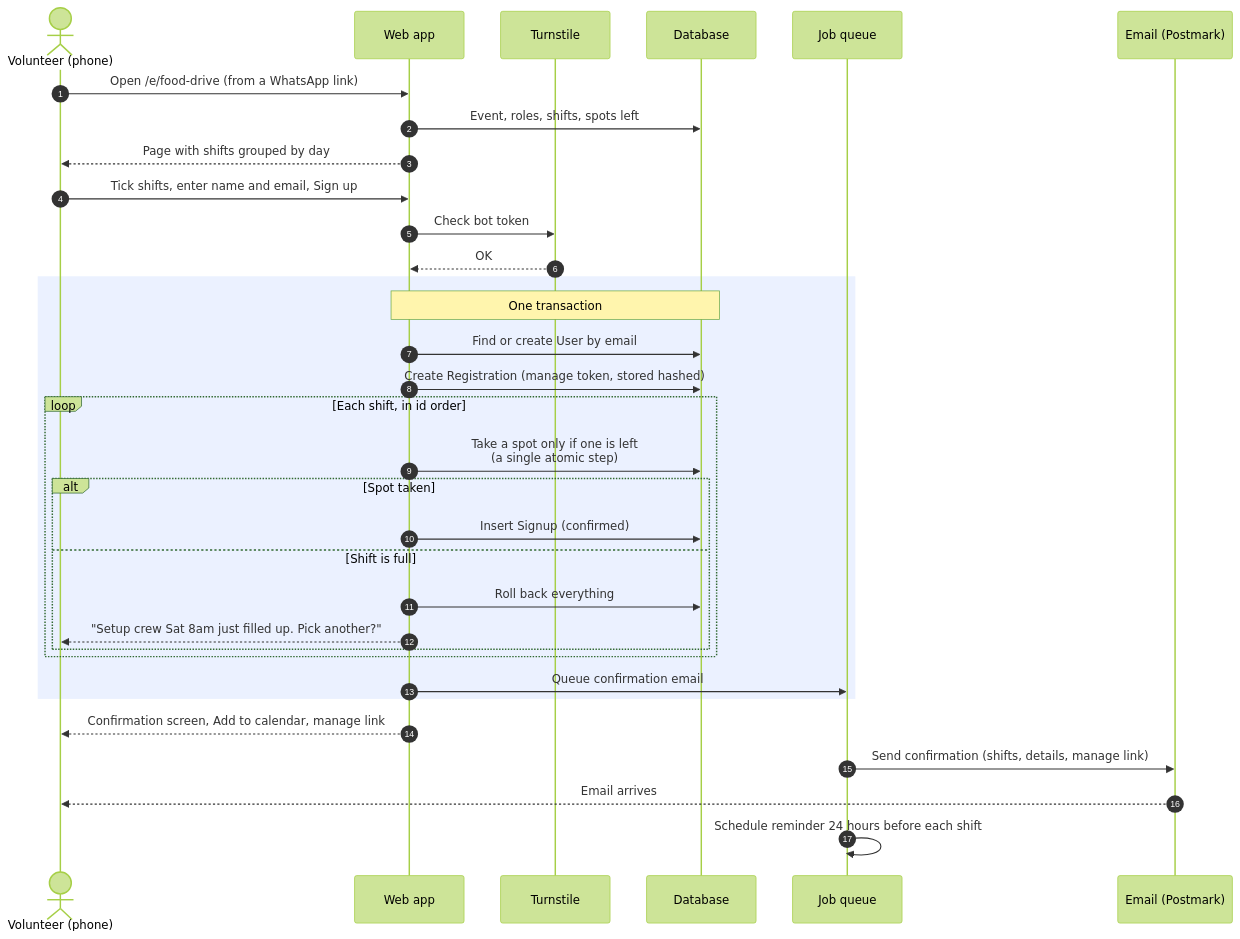
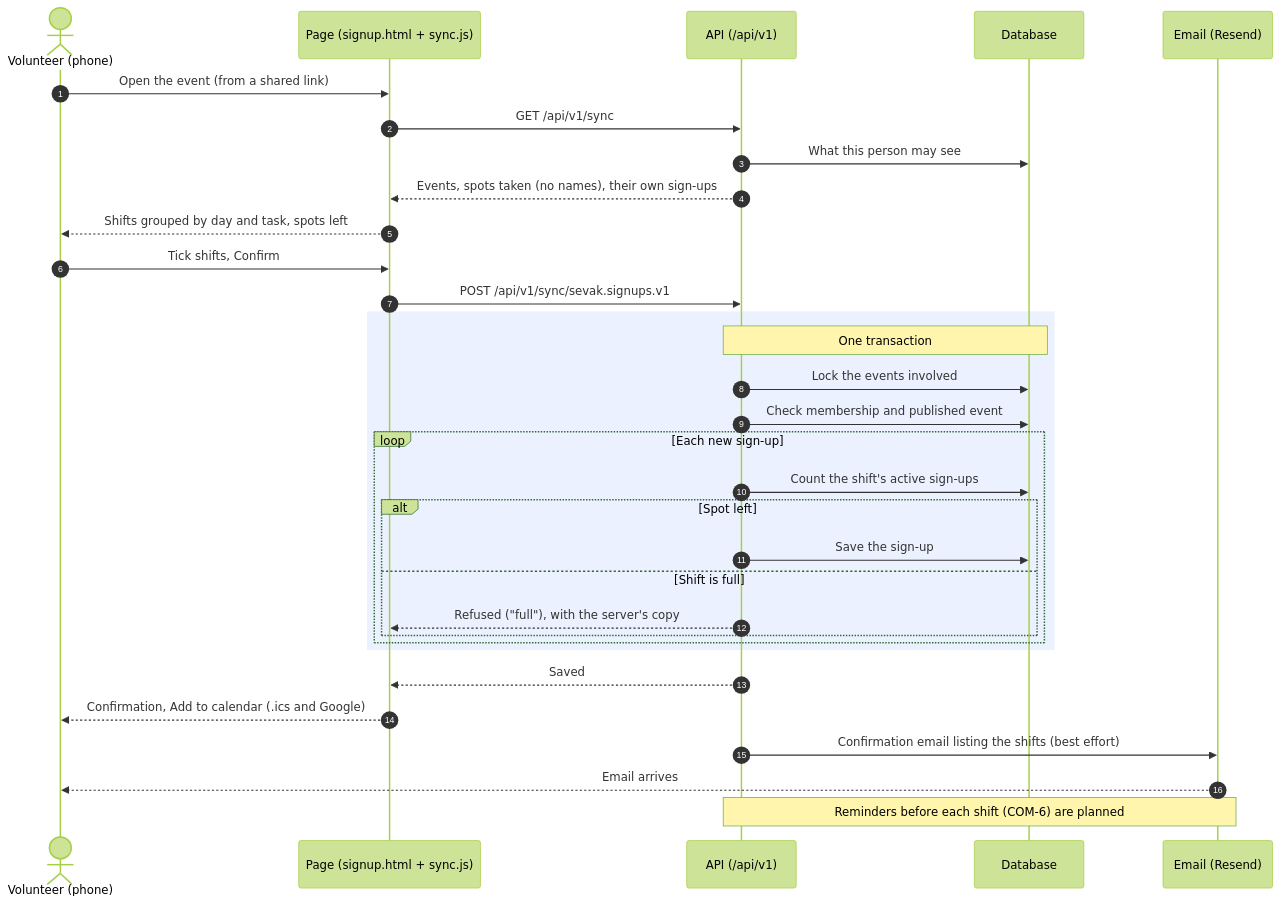
Before and after one commit to anb-solutions/sevak: the sixth of 10 diagrams in docs/DIAGRAMS.md, drawn with Mermaid (forest theme). The commit also changed other lines of this file and 8 other files, not shown here.

````diff
--- a/docs/DIAGRAMS.md
+++ b/docs/DIAGRAMS.md
@@ -331,39 +314,38 @@
 ```mermaid
 sequenceDiagram
     autonumber
     actor V as Volunteer (phone)
-    participant W as Web app
-    participant T as Turnstile
+    participant P as Page (signup.html + sync.js)
+    participant W as API (/api/v1)
     participant DB as Database
-    participant Q as Job queue
-    participant E as Email (Postmark)
+    participant E as Email (Resend)
 
-    V->>W: Open /e/food-drive (from a WhatsApp link)
-    W->>DB: Event, roles, shifts, spots left
-    W-->>V: Page with shifts grouped by day
+    V->>P: Open the event (from a shared link)
+    P->>W: GET /api/v1/sync
+    W->>DB: What this person may see
+    W-->>P: Events, spots taken (no names), their own sign-ups
+    P-->>V: Shifts grouped by day and task, spots left
 
-    V->>W: Tick shifts, enter name and email, Sign up
-    W->>T: Check bot token
-    T-->>W: OK
+    V->>P: Tick shifts, Confirm
+    P->>W: POST /api/v1/sync/sevak.signups.v1
 
     rect rgba(120, 160, 255, 0.15)
         Note over W,DB: One transaction
-        W->>DB: Find or create User by email
-        W->>DB: Create Registration (manage token, stored hashed)
-        loop Each shift, in id order
-            W->>DB: Take a spot only if one is left<br/>(a single atomic step)
-            alt Spot taken
-                W->>DB: Insert Signup (confirmed)
+        W->>DB: Lock the events involved
+        W->>DB: Check membership and published event
+        loop Each new sign-up
+            W->>DB: Count the shift's active sign-ups
+            alt Spot left
+                W->>DB: Save the sign-up
             else Shift is full
-                W->>DB: Roll back everything
-                W-->>V: "Setup crew Sat 8am just filled up. Pick another?"
+                W-->>P: Refused ("full"), with the server's copy
             end
         end
-        W->>Q: Queue confirmation email
     end
 
-    W-->>V: Confirmation screen, Add to calendar, manage link
-    Q->>E: Send confirmation (shifts, details, manage link)
+    W-->>P: Saved
+    P-->>V: Confirmation, Add to calendar (.ics and Google)
+    W->>E: Confirmation email listing the shifts (best effort)
     E-->>V: Email arrives
-    Q->>Q: Schedule reminder 24 hours before each shift
+    Note over W,E: Reminders before each shift (COM-6) are planned
 ```
````
